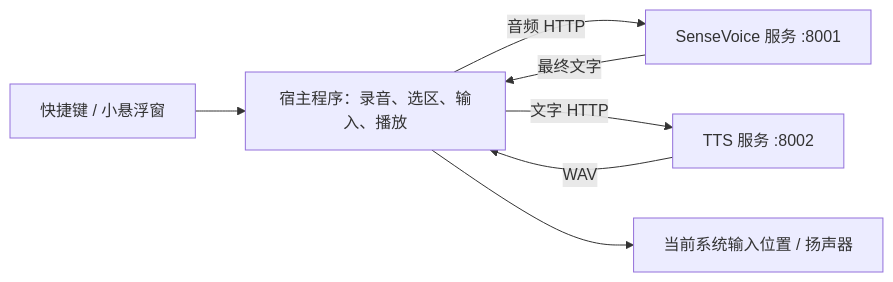
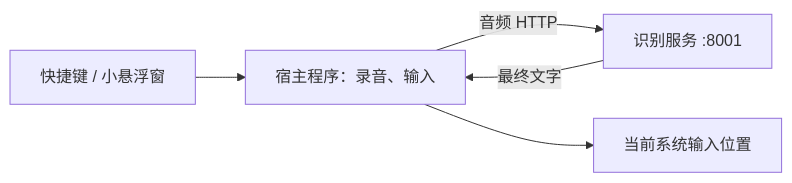
The diagram in docs/desktop-design.md (wht-github/LocalVoice), drawn with Mermaid before and after one commit. The commit also changed other lines of this file and 88 other files, not shown here.

````diff
--- a/docs/desktop-design.md
+++ b/docs/desktop-design.md
@@ -17,9 +19,7 @@
 ```mermaid
 flowchart LR
-    A[快捷键 / 小悬浮窗] --> B[宿主程序：录音、选区、输入、播放]
-    B -->|音频 HTTP| C[SenseVoice 服务 :8001]
+    A[快捷键 / 小悬浮窗] --> B[宿主程序：录音、输入]
+    B -->|音频 HTTP| C[识别服务 :8001]
     C -->|最终文字| B
-    B -->|文字 HTTP| D[TTS 服务 :8002]
-    D -->|WAV| B
-    B --> E[当前系统输入位置 / 扬声器]
+    B --> E[当前系统输入位置]
 ```
````
